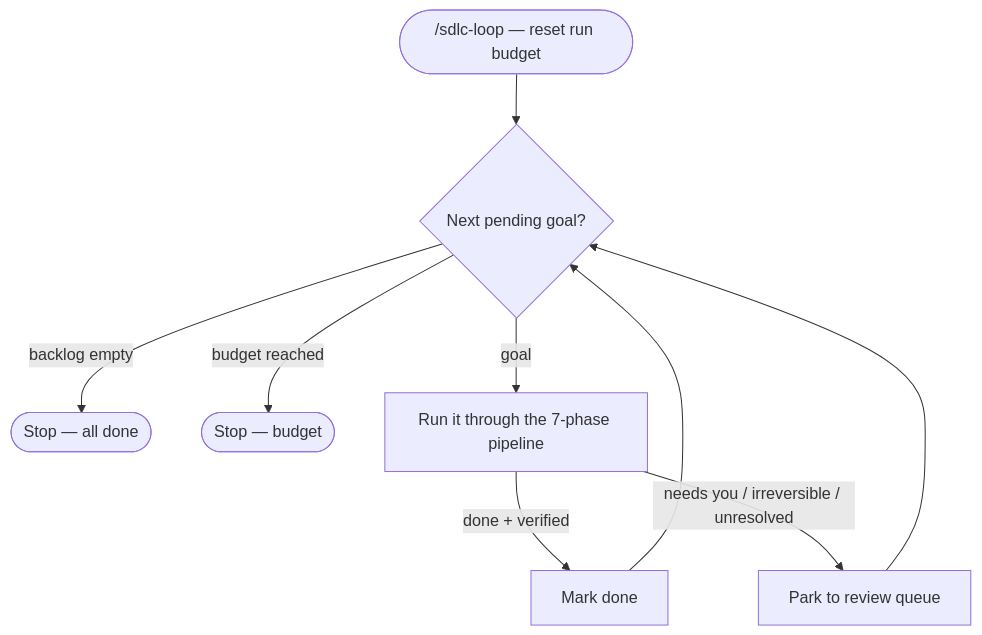
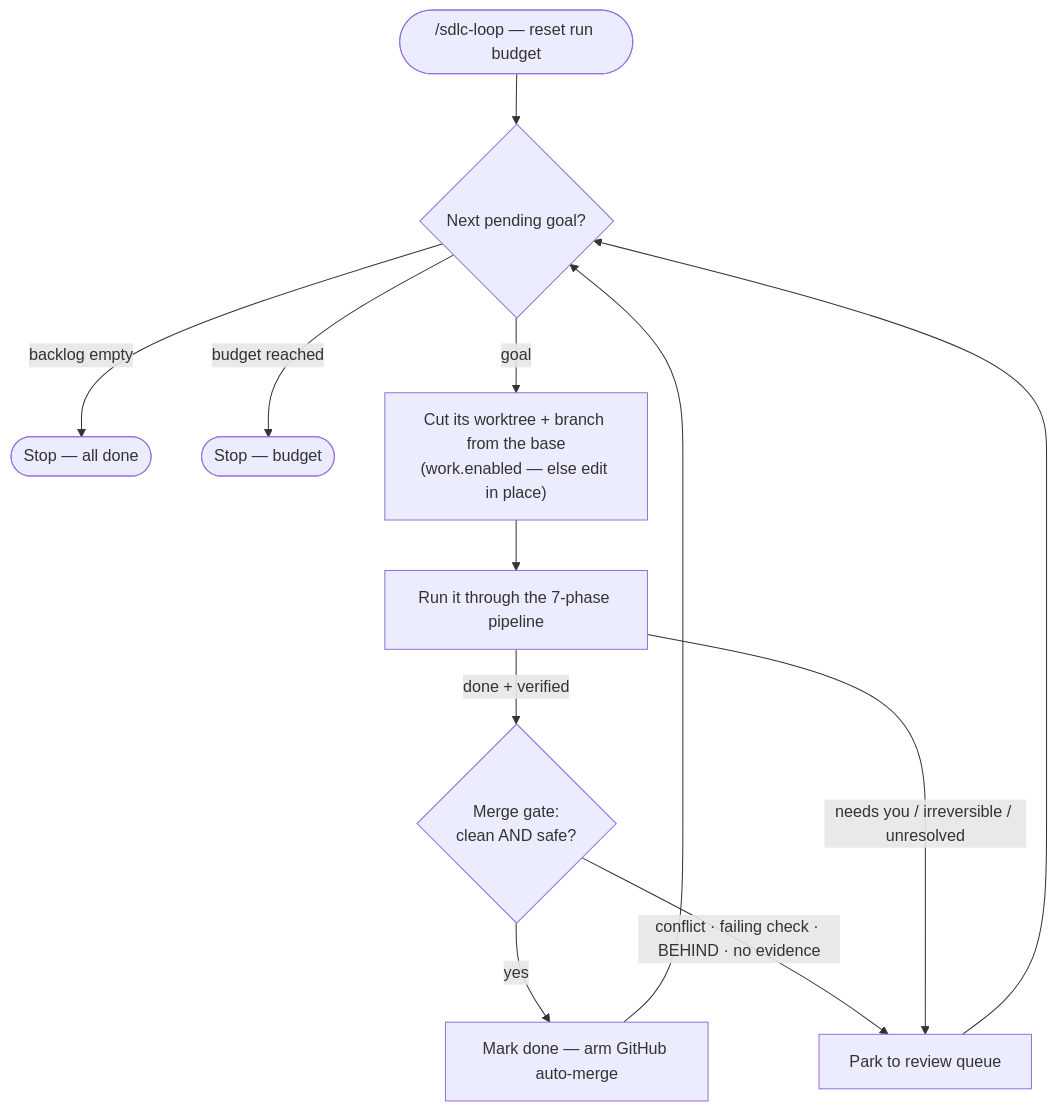
Before and after one commit to swapnil-agrim/loopsmith: the third of 3 diagrams in README.md, drawn with Mermaid. The commit also changed other lines of this file, not shown here.

````diff
--- a/README.md
+++ b/README.md
@@ -270,11 +272,14 @@
 ```mermaid
 flowchart TD
     ST(["/sdlc-loop — reset run budget"]) --> NX{"Next pending goal?"}
     NX -->|"backlog empty"| SD(["Stop — all done"])
     NX -->|"budget reached"| SB(["Stop — budget"])
-    NX -->|"goal"| RUN["Run it through the 7-phase pipeline"]
-    RUN -->|"done + verified"| CMP["Mark done"]
+    NX -->|"goal"| WT["Cut its worktree + branch from the base<br/>(work.enabled — else edit in place)"]
+    WT --> RUN["Run it through the 7-phase pipeline"]
+    RUN -->|"done + verified"| GATE{"Merge gate:<br/>clean AND safe?"}
+    GATE -->|"yes"| CMP["Mark done — arm GitHub auto-merge"]
+    GATE -->|"conflict · failing check · BEHIND · no evidence"| PRK
     RUN -->|"needs you / irreversible / unresolved"| PRK["Park to review queue"]
     CMP --> NX
     PRK --> NX
 ```
````
